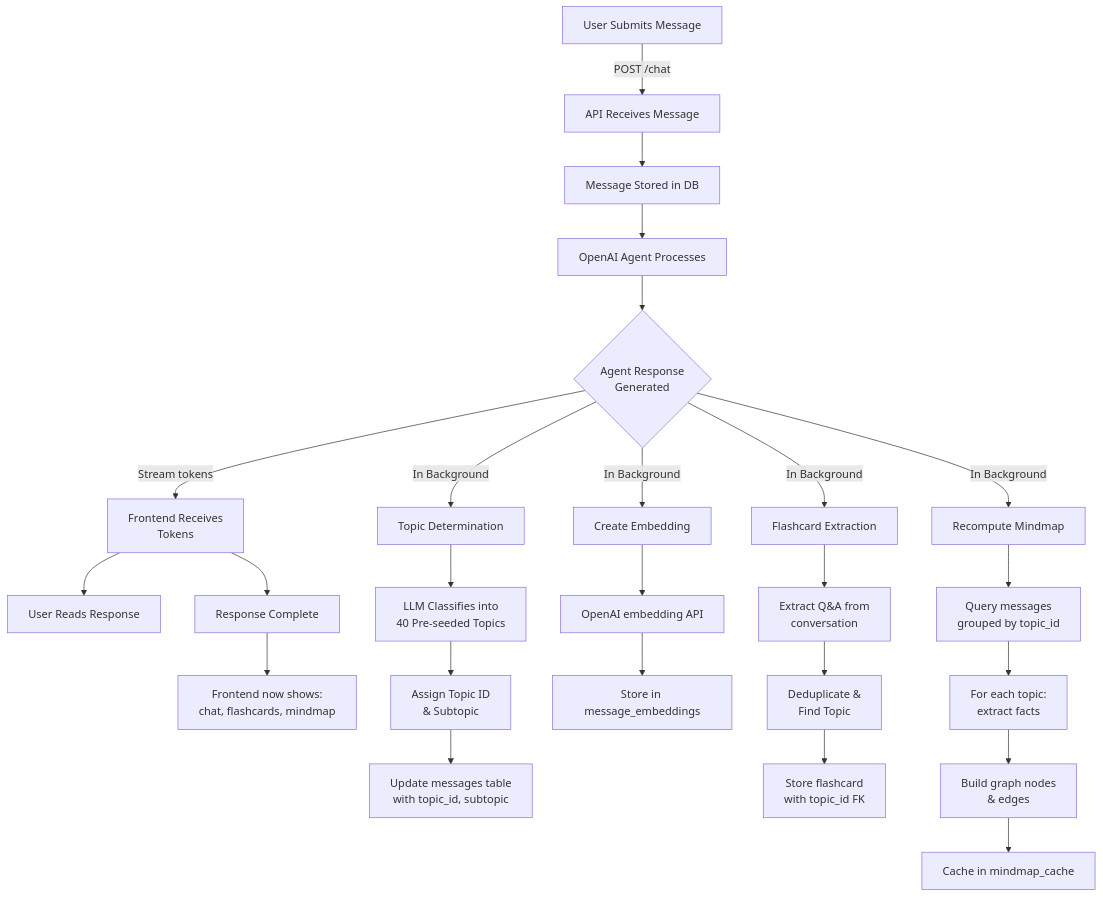
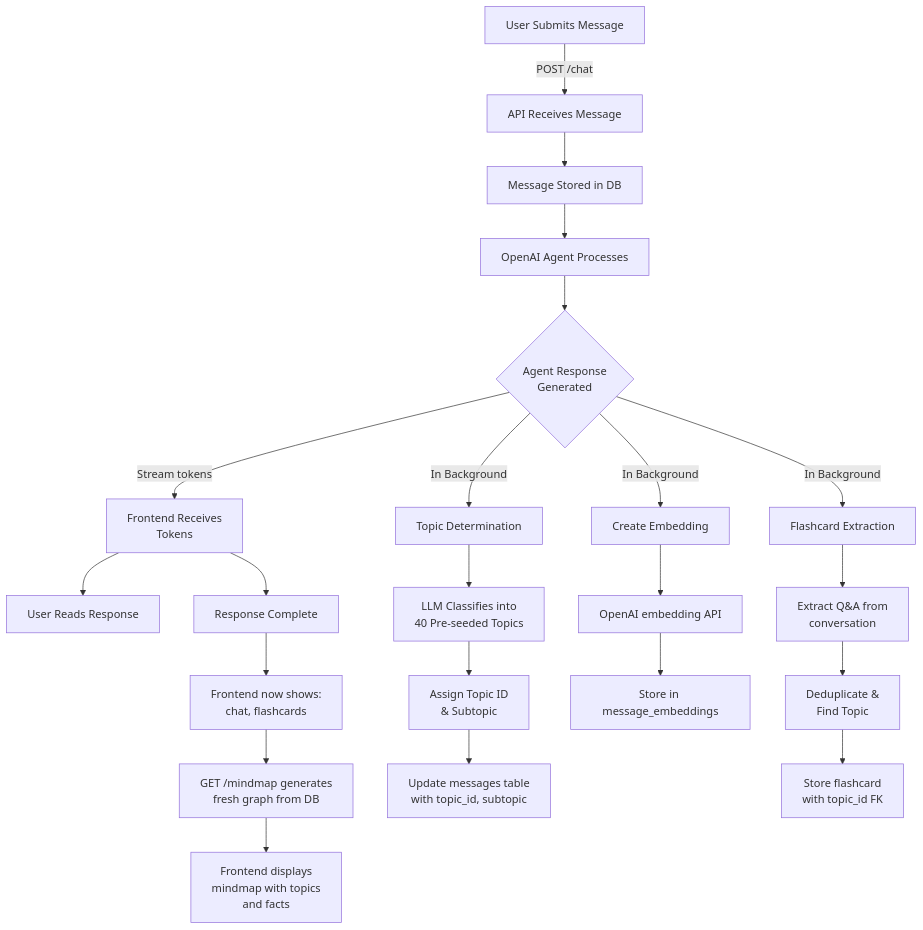
Before and after one commit to njsfield/multi-agent-system: the diagram in README.md, drawn with Mermaid. The commit also changed other lines of this file and 1 other file, not shown here.

Commit message:
docs: update to reflect mindmap runtime generation (no caching)
- Remove all references to mindmap_cache table
- Update data flow diagrams to show query-at-runtime approach
- Update database schema docs to note runtime generation
- Update runtime flow diagrams in README and ARCHITECTURE

````diff
--- a/README.md
+++ b/README.md
@@ -46,32 +46,28 @@
 ```mermaid
 graph TD
     A["User Submits Message"] -->|POST /chat| B["API Receives Message"]
     B --> C["Message Stored in DB"]
     C --> D["OpenAI Agent Processes"]
     D --> E{Agent Response<br/>Generated}
     E -->|Stream tokens| F["Frontend Receives<br/>Tokens"]
     F --> G["User Reads Response"]
     
     E -->|In Background| H["Topic Determination"]
     H --> I["LLM Classifies into<br/>40 Pre-seeded Topics"]
     I --> J["Assign Topic ID<br/>& Subtopic"]
     J --> K["Update messages table<br/>with topic_id, subtopic"]
     
     E -->|In Background| L["Create Embedding"]
     L --> M["OpenAI embedding API"]
     M --> N["Store in message_embeddings"]
     
     E -->|In Background| O["Flashcard Extraction"]
     O --> P["Extract Q&A from<br/>conversation"]
     P --> Q["Deduplicate &<br/>Find Topic"]
     Q --> R["Store flashcard<br/>with topic_id FK"]
     
-    E -->|In Background| S["Recompute Mindmap"]
-    S --> T["Query messages<br/>grouped by topic_id"]
-    T --> U["For each topic:<br/>extract facts"]
-    U --> V["Build graph nodes<br/>& edges"]
-    V --> W["Cache in mindmap_cache"]
-    
     F --> X["Response Complete"]
-    X --> Y["Frontend now shows:<br/>chat, flashcards, mindmap"]
+    X --> Y["Frontend now shows:<br/>chat, flashcards"]
+    Y --> Z["GET /mindmap generates<br/>fresh graph from DB"]
+    Z --> AA["Frontend displays<br/>mindmap with topics<br/>and facts"]
 ```
````
